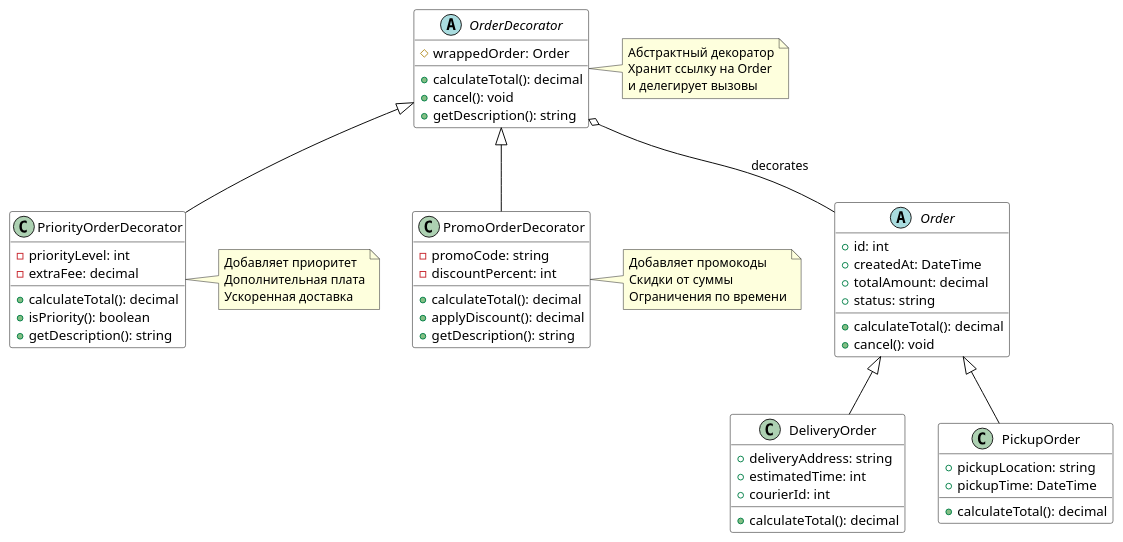
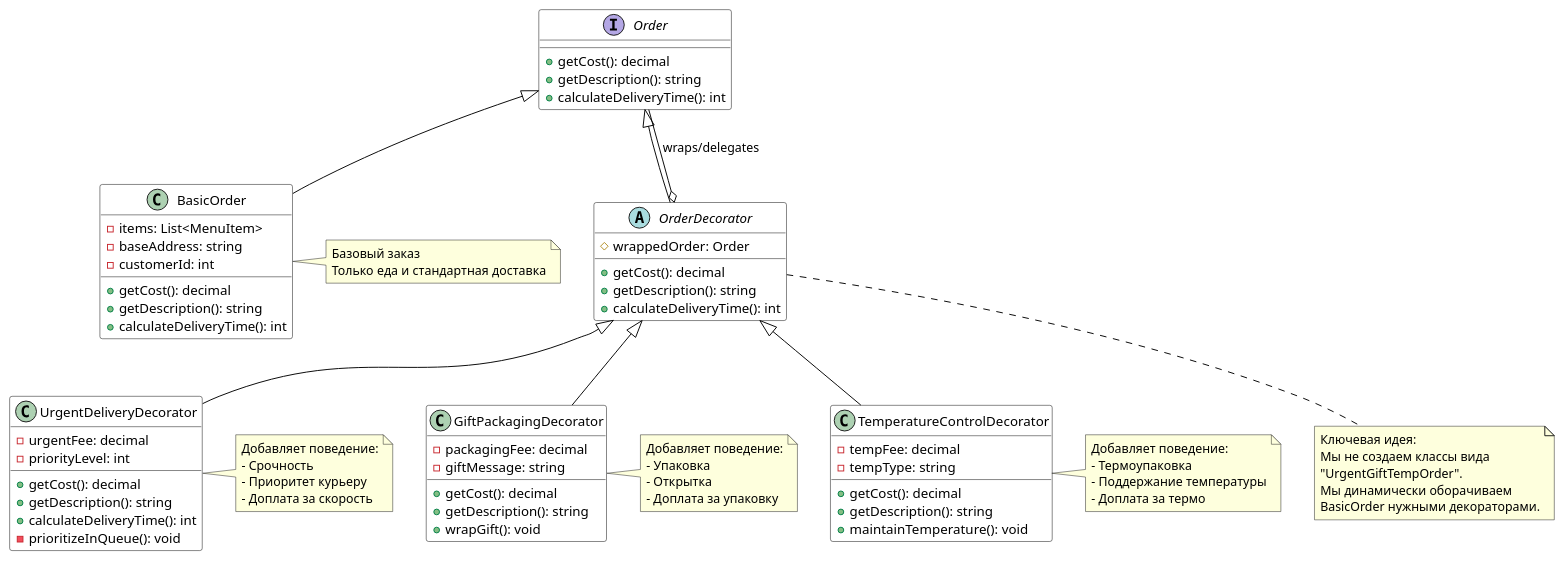
Before and after one commit to Veilss51/Uml-Diagrams: the diagram in task4/decorator_diagram.plantuml, drawn with PlantUML.

```diff
--- a/task4/decorator_diagram.plantuml
+++ b/task4/decorator_diagram.plantuml
@@ -1,81 +1,101 @@
 @startuml
 skinparam backgroundColor White
 skinparam BorderColor Black
 skinparam ArrowColor Black
 skinparam class {
   BackgroundColor White
   BorderColor Black
   FontColor Black
 }
 
-abstract class "Order" as Order {
-  +id: int
-  +createdAt: DateTime
-  +totalAmount: decimal
-  +status: string
-  +calculateTotal(): decimal
-  +cancel(): void
+interface "Order" as OrderInterface {
+  +getCost(): decimal
+  +getDescription(): string
+  +calculateDeliveryTime(): int
 }
 
-class "DeliveryOrder" as DO {
-  +deliveryAddress: string
-  +estimatedTime: int
-  +courierId: int
-  +calculateTotal(): decimal
+class "BasicOrder" as Basic {
+  -items: List<MenuItem>
+  -baseAddress: string
+  -customerId: int
+  +getCost(): decimal
+  +getDescription(): string
+  +calculateDeliveryTime(): int
 }
 
-class "PickupOrder" as PO {
-  +pickupLocation: string
-  +pickupTime: DateTime
-  +calculateTotal(): decimal
+abstract class "OrderDecorator" as Decorator {
+  #wrappedOrder: Order
+  +getCost(): decimal
+  +getDescription(): string
+  +calculateDeliveryTime(): int
 }
 
-abstract class "OrderDecorator" as OD {
-  #wrappedOrder: Order
-  +calculateTotal(): decimal
-  +cancel(): void
+class "UrgentDeliveryDecorator" as Urgent {
+  -urgentFee: decimal
+  -priorityLevel: int
+  +getCost(): decimal
   +getDescription(): string
+  +calculateDeliveryTime(): int
+  -prioritizeInQueue(): void
 }
 
-class "PriorityOrderDecorator" as POD {
-  -priorityLevel: int
-  -extraFee: decimal
-  +calculateTotal(): decimal
-  +isPriority(): boolean
+class "GiftPackagingDecorator" as Gift {
+  -packagingFee: decimal
+  -giftMessage: string
+  +getCost(): decimal
   +getDescription(): string
+  +wrapGift(): void
 }
 
-class "PromoOrderDecorator" as PROMOD {
-  -promoCode: string
-  -discountPercent: int
-  +calculateTotal(): decimal
-  +applyDiscount(): decimal
+class "TemperatureControlDecorator" as Temp {
+  -tempFee: decimal
+  -tempType: string
+  +getCost(): decimal
   +getDescription(): string
+  +maintainTemperature(): void
 }
 
-Order <|-- DO
-Order <|-- PO
+OrderInterface <|-- Basic
+OrderInterface <|-- Decorator
 
-OD o-- Order : decorates
-OD <|-- POD
-OD <|-- PROMOD
+Decorator o-- OrderInterface : wraps/delegates
 
-note right of OD
-  Абстрактный декоратор
-  Хранит ссылку на Order
-  и делегирует вызовы
+Decorator <|-- Urgent
+Decorator <|-- Gift
+Decorator <|-- Temp
+
+note right of Basic
+  Базовый заказ
+  Только еда и стандартная доставка
 end note
 
-note right of POD
-  Добавляет приоритет
-  Дополнительная плата
-  Ускоренная доставка
+note right of Urgent
+  Добавляет поведение:
+  - Срочность
+  - Приоритет курьеру
+  - Доплата за скорость
 end note
 
-note right of PROMOD
-  Добавляет промокоды
-  Скидки от суммы
-  Ограничения по времени
+note right of Gift
+  Добавляет поведение:
+  - Упаковка
+  - Открытка
+  - Доплата за упаковку
+end note
+
+note right of Temp
+  Добавляет поведение:
+  - Термоупаковка
+  - Поддержание температуры
+  - Доплата за термо
+end note
+
+note bottom of Decorator
+  Ключевая идея:
+  Мы не создаем классы вида
+  "UrgentGiftTempOrder".
+  Мы динамически оборачиваем
+  BasicOrder нужными декораторами.
 end note
 
 @enduml
```
